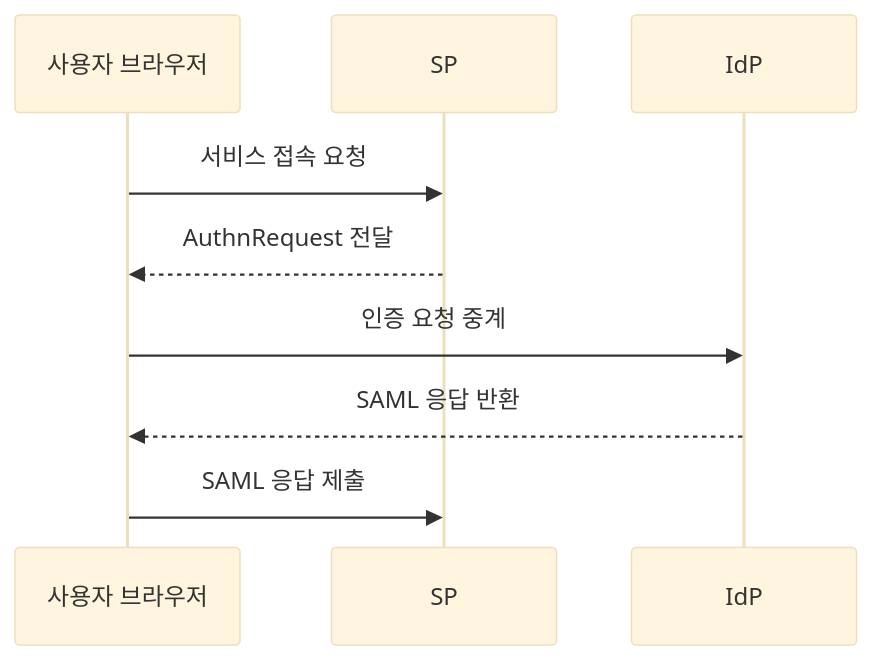
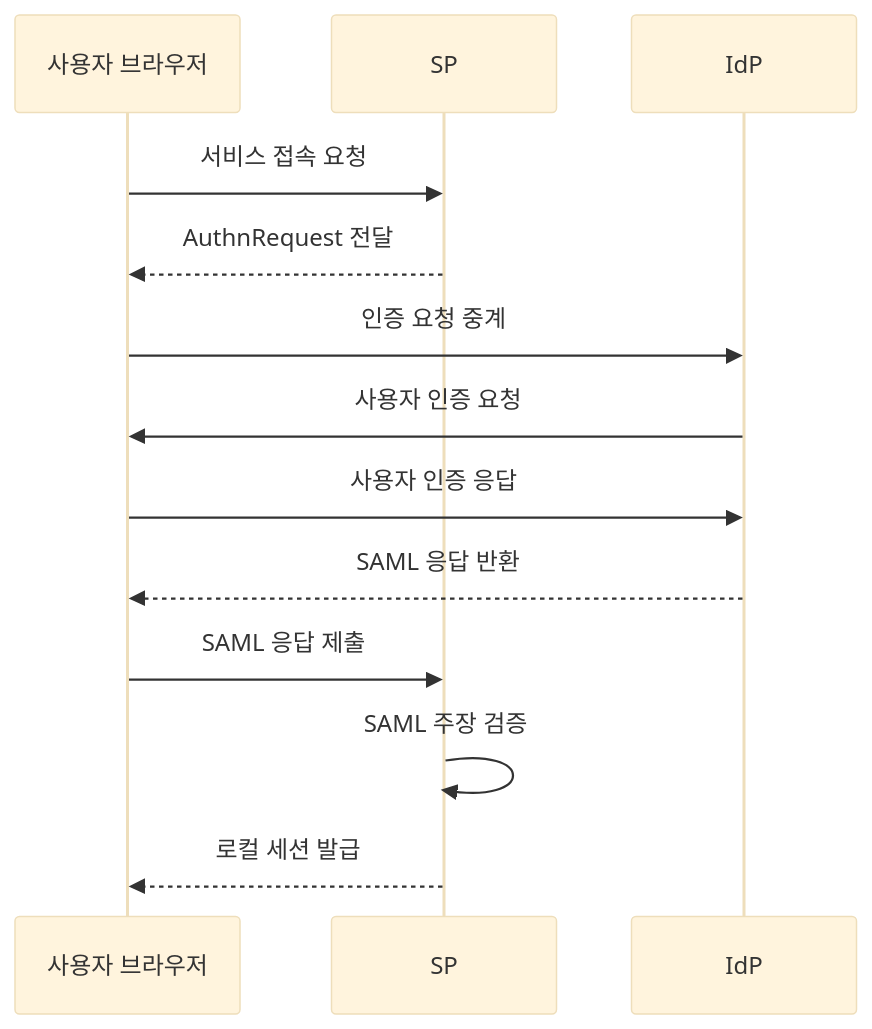
Before and after one commit to agnusdei1207/knowledge-base: the second of 2 diagrams in src/content/docs/notes/05-security/058_saml.md, drawn with Mermaid (base theme). The commit also changed other lines of this file and 31 other files, not shown here.

````diff
--- a/src/content/docs/notes/05-security/058_saml.md
+++ b/src/content/docs/notes/05-security/058_saml.md
@@ -85,11 +82,15 @@
 ```mermaid
 sequenceDiagram
     participant U as 사용자 브라우저
     participant S as SP
     participant I as IdP
     U->>S: 서비스 접속 요청
     S-->>U: AuthnRequest 전달
     U->>I: 인증 요청 중계
+    I->>U: 사용자 인증 요청
+    U->>I: 사용자 인증 응답
     I-->>U: SAML 응답 반환
     U->>S: SAML 응답 제출
+    S->>S: SAML 주장 검증
+    S-->>U: 로컬 세션 발급
 ```
````
